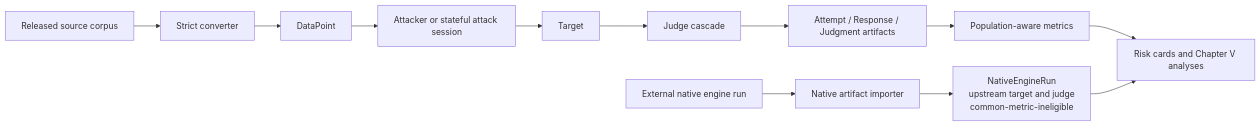
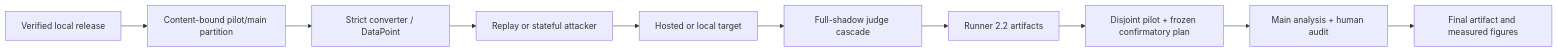
Before and after one commit to ctapnec/MLLMRiskBench: the diagram in docs/ARCHITECTURE.md, drawn with Mermaid. The commit also changed other lines of this file and 51 other files, not shown here.

````diff
--- a/docs/ARCHITECTURE.md
+++ b/docs/ARCHITECTURE.md
@@ -14,14 +8,12 @@
 ```mermaid
 flowchart LR
-    S[Released source corpus] --> C[Strict converter]
-    C --> D[DataPoint]
-    D --> A[Attacker or stateful attack session]
-    A --> T[Target]
-    T --> J[Judge cascade]
-    J --> P[Attempt / Response / Judgment artifacts]
-    P --> M[Population-aware metrics]
-    M --> R[Risk cards and Chapter V analyses]
-    X[External native engine run] --> I[Native artifact importer]
-    I --> NR[NativeEngineRun<br/>upstream target and judge<br/>common-metric-ineligible]
-    NR --> R
+    S[Verified local release] --> P[Content-bound pilot/main partition]
+    P --> C[Strict converter / DataPoint]
+    C --> A[Replay or stateful attacker]
+    A --> T[Hosted or local target]
+    T --> J[Full-shadow judge cascade]
+    J --> R[Runner 2.2 artifacts]
+    R --> D[Disjoint pilot + frozen confirmatory plan]
+    D --> H[Main analysis + human audit]
+    H --> F[Final artifact and measured figures]
 ```
````
